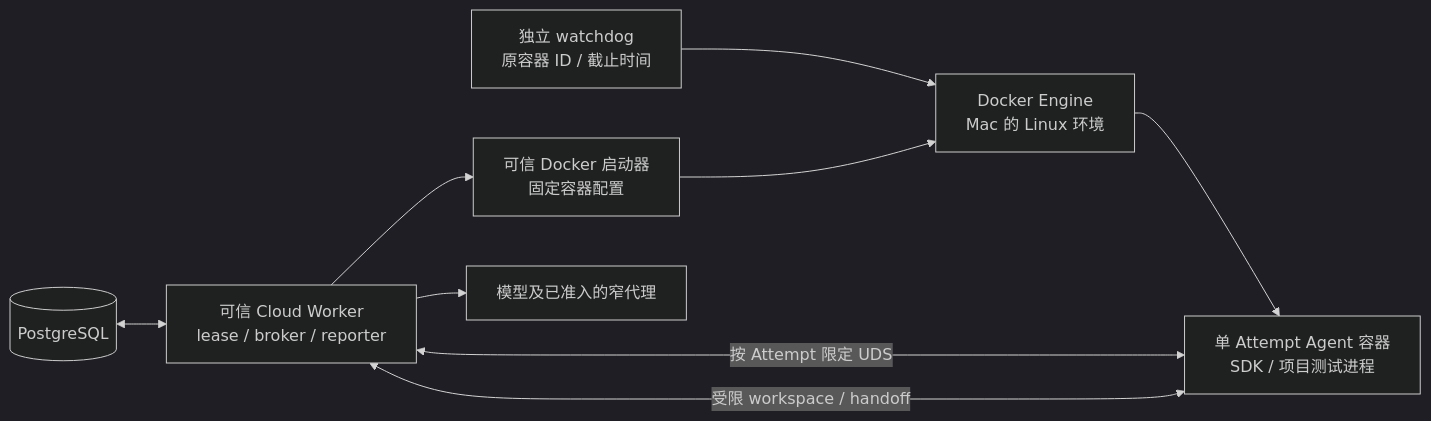
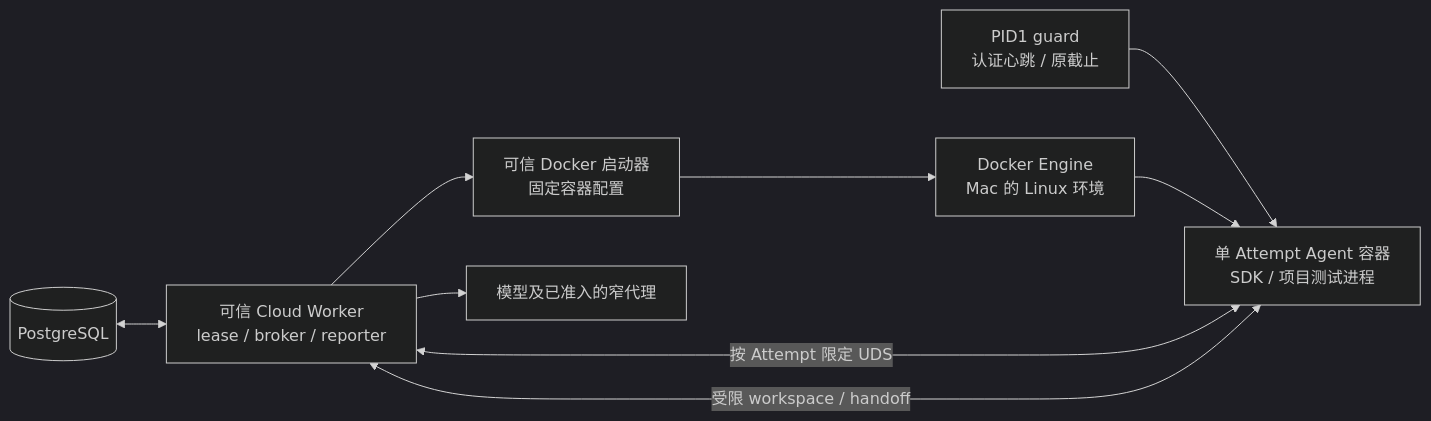
One commit to ZhangLiangchen/hypertest-one changed the diagram in docs/architecture/ADR-029_CLOUD_ATTEMPT_DOCKER_ISOLATION_PROPOSAL.md. Above: the diagram before and after it, drawn with Mermaid (dark theme). The commit also changed other lines of this file and 41 other files, not shown here.

````diff
--- a/docs/architecture/ADR-029_CLOUD_ATTEMPT_DOCKER_ISOLATION_PROPOSAL.md
+++ b/docs/architecture/ADR-029_CLOUD_ATTEMPT_DOCKER_ISOLATION_PROPOSAL.md
@@ -15,11 +15,11 @@
 ```mermaid
 flowchart LR
     DB[(PostgreSQL)] <--> W["可信 Cloud Worker<br/>lease / broker / reporter"]
     W --> L["可信 Docker 启动器<br/>固定容器配置"]
-    D["独立 watchdog<br/>原容器 ID / 截止时间"] --> E
+    D["PID1 guard<br/>认证心跳 / 原截止"] --> A
     L --> E["Docker Engine<br/>Mac 的 Linux 环境"]
     E --> A["单 Attempt Agent 容器<br/>SDK / 项目测试进程"]
     W <-->|"按 Attempt 限定 UDS"| A
     W <-->|"受限 workspace / handoff"| A
     W --> M["模型及已准入的窄代理"]
 ```
````
